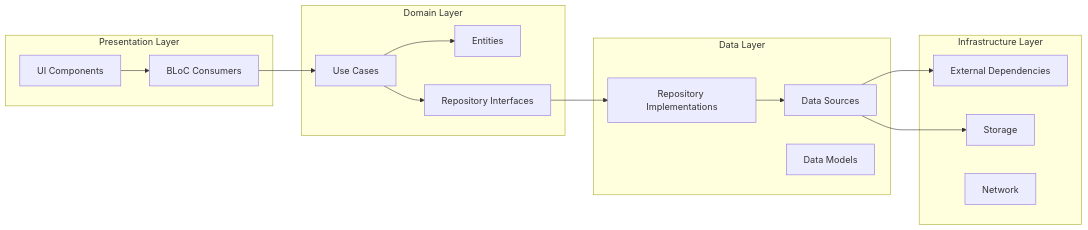
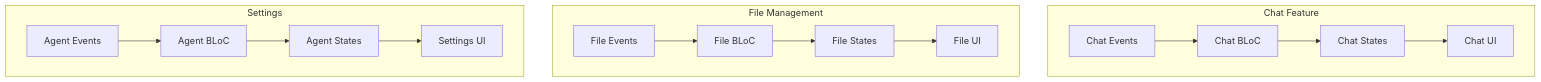
The fifth of 9 diagrams in Docs/Architecture_Flow_Diagram.md (brahim-guaali/gen_lite), drawn with Mermaid before and after one commit. The commit also changed other lines of this file and 6 other files, not shown here.

````diff
--- a/Docs/Architecture_Flow_Diagram.md
+++ b/Docs/Architecture_Flow_Diagram.md
@@ -172,34 +174,35 @@
 ```mermaid
-graph LR
-    subgraph "Presentation Layer"
-        UI[UI Components]
-        BLoC[BLoC Consumers]
+graph TD
+    subgraph "Chat Feature"
+        ChatEvent[Chat Events]
+        ChatBLoC[Chat BLoC]
+        ChatState[Chat States]
+        ChatUI[Chat UI]
     end
-
-    subgraph "Domain Layer"
-        UC[Use Cases]
-        EN[Entities]
-        REP[Repository Interfaces]
+    
+    subgraph "File Management"
+        FileEvent[File Events]
+        FileBLoC[File BLoC]
+        FileState[File States]
+        FileUI[File UI]
     end
-
-    subgraph "Data Layer"
-        DS[Data Sources]
-        DM[Data Models]
-        REP_IMPL[Repository Implementations]
+    
+    subgraph "Settings"
+        AgentEvent[Agent Events]
+        AgentBLoC[Agent BLoC]
+        AgentState[Agent States]
+        SettingsUI[Settings UI]
     end
-
-    subgraph "Infrastructure Layer"
-        EX[External Dependencies]
-        ST[Storage]
-        NET[Network]
-    end
-
-    UI --> BLoC
-    BLoC --> UC
-    UC --> EN
-    UC --> REP
-    REP --> REP_IMPL
-    REP_IMPL --> DS
-    DS --> EX
-    DS --> ST
+    
+    ChatEvent --> ChatBLoC
+    ChatBLoC --> ChatState
+    ChatState --> ChatUI
+    
+    FileEvent --> FileBLoC
+    FileBLoC --> FileState
+    FileState --> FileUI
+    
+    AgentEvent --> AgentBLoC
+    AgentBLoC --> AgentState
+    AgentState --> SettingsUI
 ```
````
